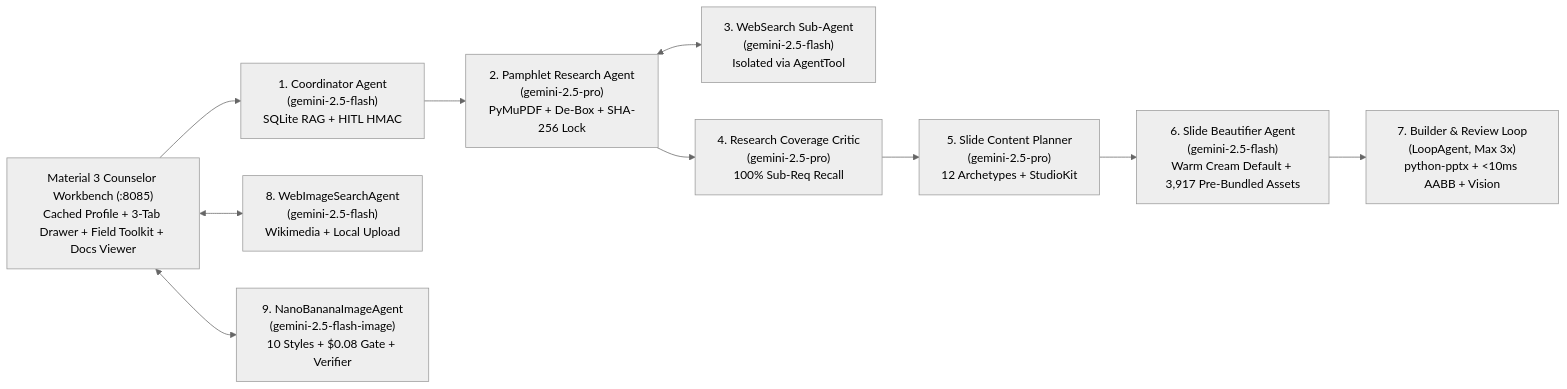
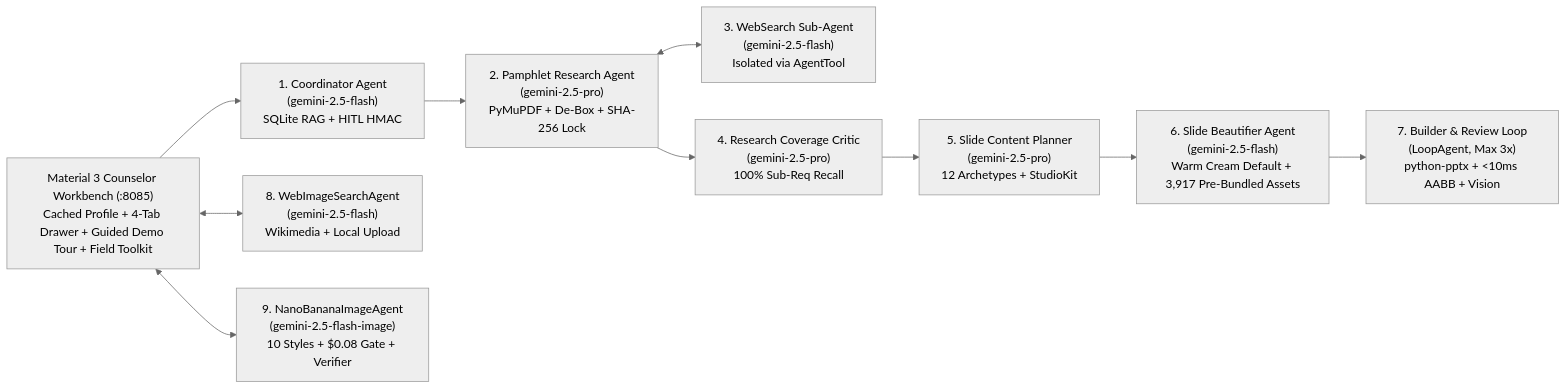
The first of 2 diagrams in docs/TDD.md (clayberg/scouts-bsa-merit-badge-agent), drawn with Mermaid (neutral theme) before and after one commit. The commit also changed other lines of this file and 69 other files, not shown here.

Commit message:
Complete Waves 1-5 adversarial code, security, 20-badge eval, guided demo tour & trace FinOps remediation (88/88 tests, 3.00/3.00 rubric)

````diff
--- a/docs/TDD.md
+++ b/docs/TDD.md
@@ -86,12 +87,12 @@
 ```mermaid
 flowchart LR
-    UI["Material 3 Counselor Workbench (:8085)\nCached Profile + 3-Tab Drawer + Field Toolkit + Docs Viewer"] --> COORD["1. Coordinator Agent\n(gemini-2.5-flash)\nSQLite RAG + HITL HMAC"]
+    UI["Material 3 Counselor Workbench (:8085)\nCached Profile + 4-Tab Drawer + Guided Demo Tour + Field Toolkit"] --> COORD["1. Coordinator Agent\n(gemini-2.5-flash)\nSQLite RAG + HITL HMAC"]
     COORD --> RES["2. Pamphlet Research Agent\n(gemini-2.5-pro)\nPyMuPDF + De-Box + SHA-256 Lock"]
     RES <--> SEARCH["3. WebSearch Sub-Agent\n(gemini-2.5-flash)\nIsolated via AgentTool"]
     RES --> RCRIT["4. Research Coverage Critic\n(gemini-2.5-pro)\n100% Sub-Req Recall"]
     RCRIT --> PLAN["5. Slide Content Planner\n(gemini-2.5-pro)\n12 Archetypes + StudioKit"]
     PLAN --> BEAUT["6. Slide Beautifier Agent\n(gemini-2.5-flash)\nWarm Cream Default + 3,917 Pre-Bundled Assets"]
     BEAUT --> LOOP["7. Builder & Review Loop\n(LoopAgent, Max 3x)\npython-pptx + <10ms AABB + Vision"]
     UI <--> IMG_WEB["8. WebImageSearchAgent\n(gemini-2.5-flash)\nWikimedia + Local Upload"]
     UI <--> IMG_AI["9. NanoBananaImageAgent\n(gemini-2.5-flash-image)\n10 Styles + $0.08 Gate + Verifier"]
 ```
````
